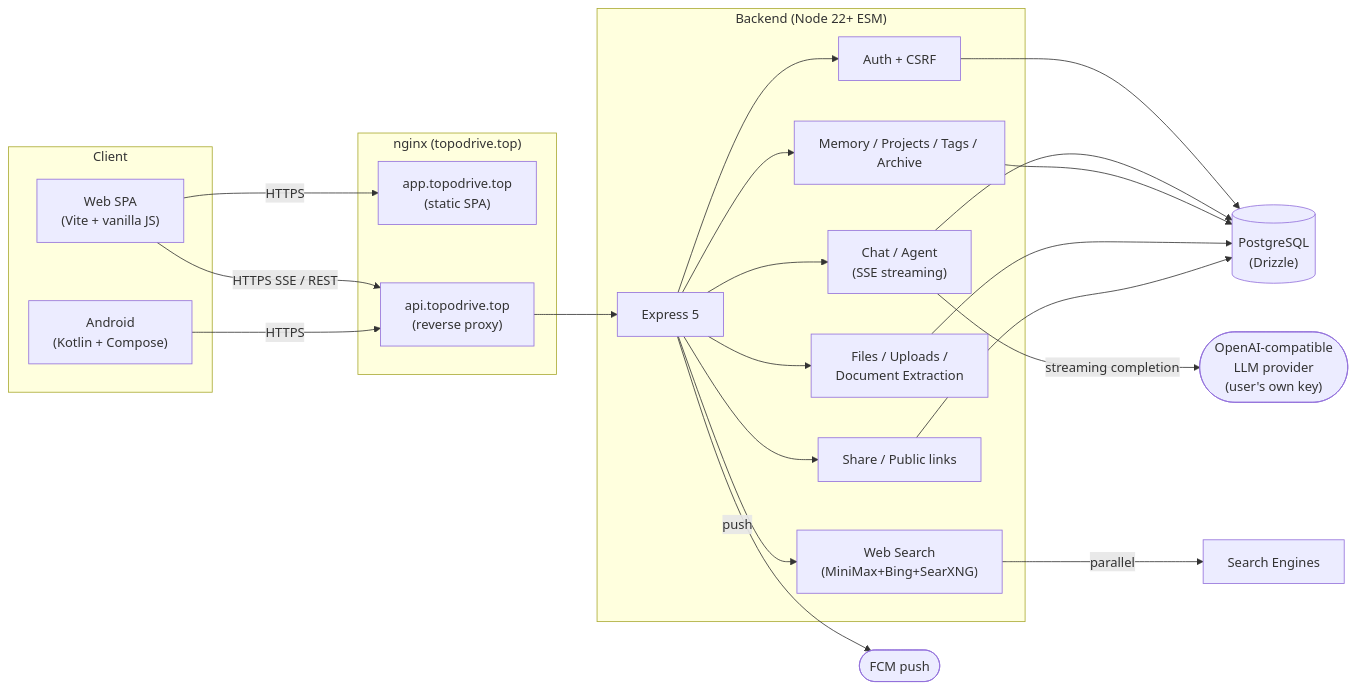
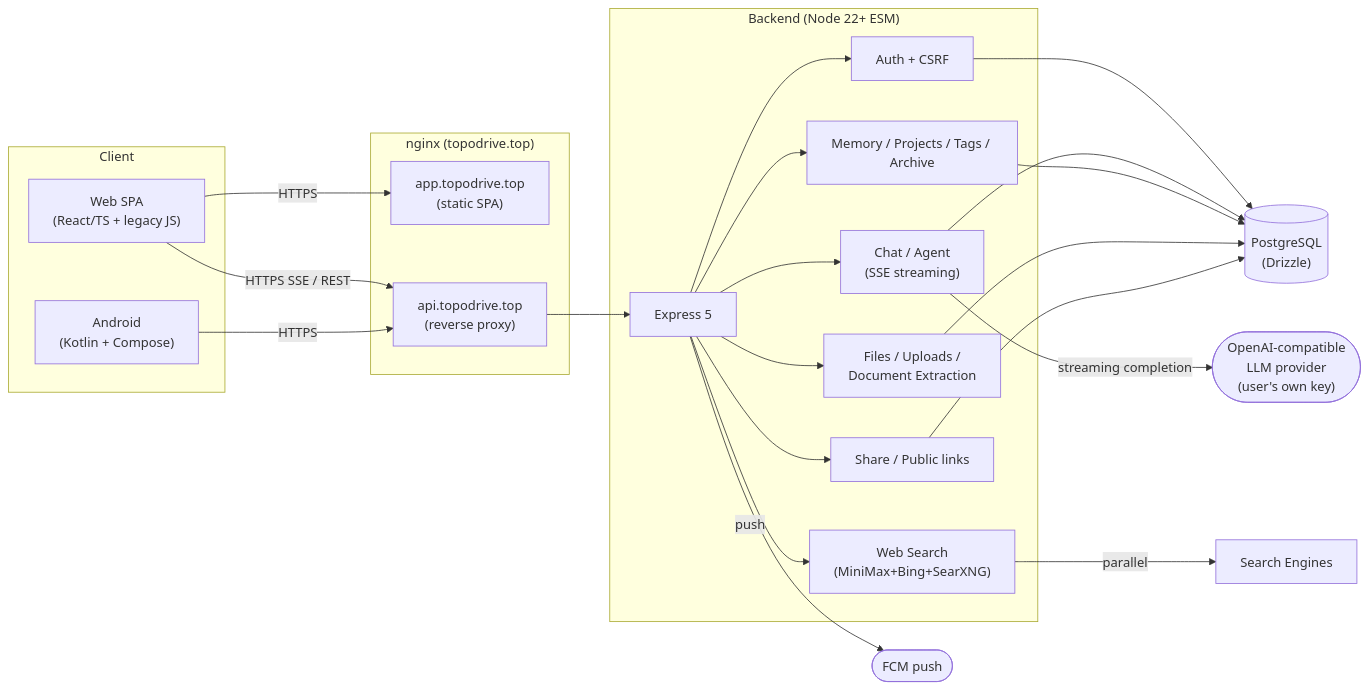
One commit to kevenhu001-cyber/Socrates changed the first of 2 diagrams in README.md. Above: the diagram before and after it, drawn with Mermaid. The commit also changed other lines of this file and 2 other files, not shown here.

First line of the commit message:
docs: rewrite READMEs to reflect React/TS always-on migration state

````diff
--- a/README.md
+++ b/README.md
@@ -204,45 +210,45 @@
 ```mermaid
 flowchart LR
   subgraph Client["Client"]
-    SPA["Web SPA<br/>(Vite + vanilla JS)"]
+    SPA["Web SPA<br/>(React/TS + legacy JS)"]
     APK["Android<br/>(Kotlin + Compose)"]
   end
 
   subgraph Edge["nginx (topodrive.top)"]
     APP["app.topodrive.top<br/>(static SPA)"]
     API["api.topodrive.top<br/>(reverse proxy)"]
   end
 
   subgraph Server["Backend (Node 22+ ESM)"]
     EX["Express 5"]
     AUTH["Auth + CSRF"]
     CHAT["Chat / Agent<br/>(SSE streaming)"]
     MEM["Memory / Projects / Tags / Archive"]
     FILES["Files / Uploads /<br/>Document Extraction"]
     WEB["Web Search<br/>(MiniMax+Bing+SearXNG)"]
     SHARE["Share / Public links"]
   end
 
   DB[("PostgreSQL<br/>(Drizzle)")]
   LLM(["OpenAI-compatible<br/>LLM provider<br/>(user's own key)"])
   FCM(["FCM push"])
 
   SPA -->|HTTPS| APP
   SPA -->|HTTPS SSE / REST| API
   APK -->|HTTPS| API
   API --> EX
   EX --> AUTH
   EX --> CHAT
   EX --> MEM
   EX --> FILES
   EX --> WEB
   EX --> SHARE
   AUTH --> DB
   CHAT --> DB
   CHAT -->|streaming completion| LLM
   MEM --> DB
   FILES --> DB
   WEB -->|parallel| SE["Search Engines"]
   SHARE --> DB
   EX -->|push| FCM
 ```
````
